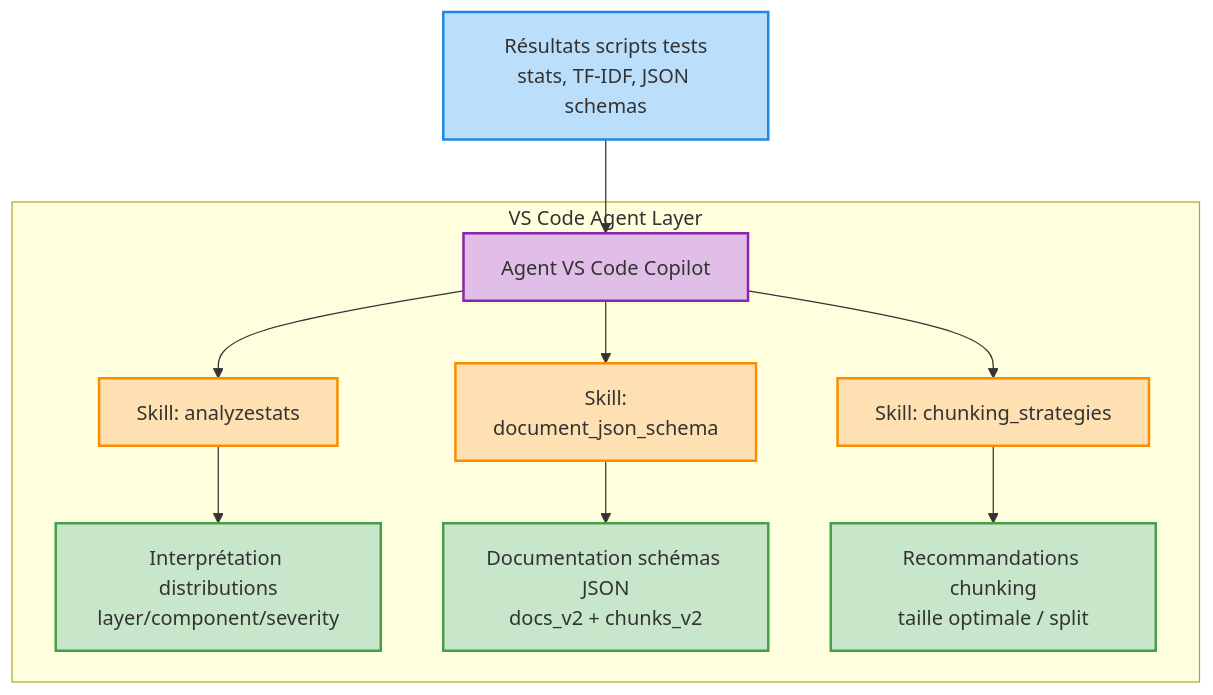
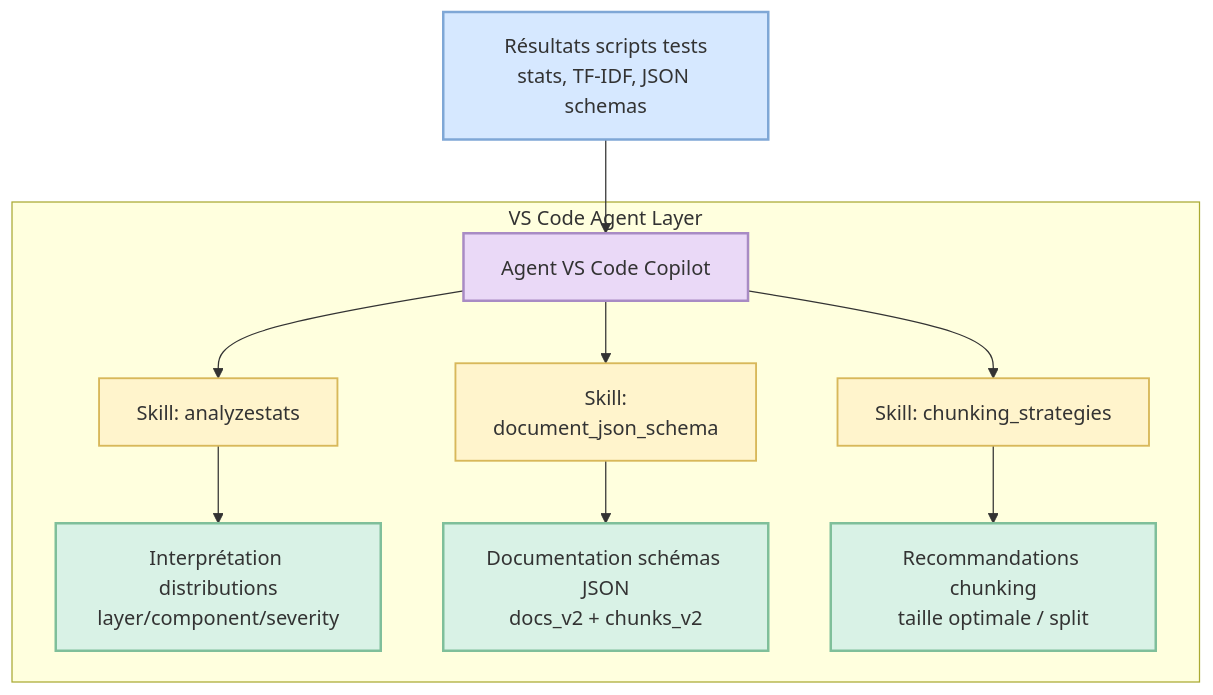
One commit to Abirgharbi/RAG_test changed the diagram in docs/agentDiagram.mmd. Above: the diagram before and after it, drawn with Mermaid. The commit also changed 1 other file, not shown here.

```diff
--- a/docs/agentDiagram.mmd
+++ b/docs/agentDiagram.mmd
@@ -1,43 +1,44 @@
 flowchart TD
 
 A["Résultats scripts tests<br/>stats, TF-IDF, JSON schemas"]
 
 subgraph AgentLayer["VS Code Agent Layer"]
 B["Agent VS Code Copilot"]
 
 C["Skill: analyzestats"]
 D["Skill:<br/>document_json_schema"]
 E["Skill: chunking_strategies"]
 
 F["Interprétation distributions<br/>layer/component/severity"]
 G["Documentation schémas JSON<br/>docs_v2 + chunks_v2"]
 H["Recommandations chunking<br/>taille optimale / split"]
 end
 
 A --> B
-
 B --> C
 B --> D
 B --> E
 
 C --> F
 D --> G
 E --> H
 
-%% COLOR LOGIC
+%% =========================
+%% 🎨 TRUE PASTEL COLORS
+%% =========================
 
-%% Entrée (data)
-style A fill:#BBDEFB,stroke:#1E88E5,stroke-width:2px
+%% INPUT (bleu pastel très doux)
+style A fill:#D6E8FF,stroke:#7FA7D6,stroke-width:2px
 
-%% Agent (cerveau)
-style B fill:#E1BEE7,stroke:#8E24AA,stroke-width:2px
+%% AGENT (violet pastel doux)
+style B fill:#EAD9F7,stroke:#A88BC4,stroke-width:2px
 
-%% Skills (traitement)
-style C fill:#FFE0B2,stroke:#FB8C00,stroke-width:2px
-style D fill:#FFE0B2,stroke:#FB8C00,stroke-width:2px
-style E fill:#FFE0B2,stroke:#FB8C00,stroke-width:2px
+%% SKILLS (jaune pastel crème, très doux)
+style C fill:#FFF4CC,stroke:#D8B85A,stroke-width:1.5px
+style D fill:#FFF4CC,stroke:#D8B85A,stroke-width:1.5px
+style E fill:#FFF4CC,stroke:#D8B85A,stroke-width:1.5px
 
-%% Outputs (résultats)
-style F fill:#C8E6C9,stroke:#43A047,stroke-width:2px
-style G fill:#C8E6C9,stroke:#43A047,stroke-width:2px
-style H fill:#C8E6C9,stroke:#43A047,stroke-width:2px
+%% OUTPUTS (vert pastel doux)
+style F fill:#D9F2E6,stroke:#7FBF9A,stroke-width:2px
+style G fill:#D9F2E6,stroke:#7FBF9A,stroke-width:2px
+style H fill:#D9F2E6,stroke:#7FBF9A,stroke-width:2px
```
